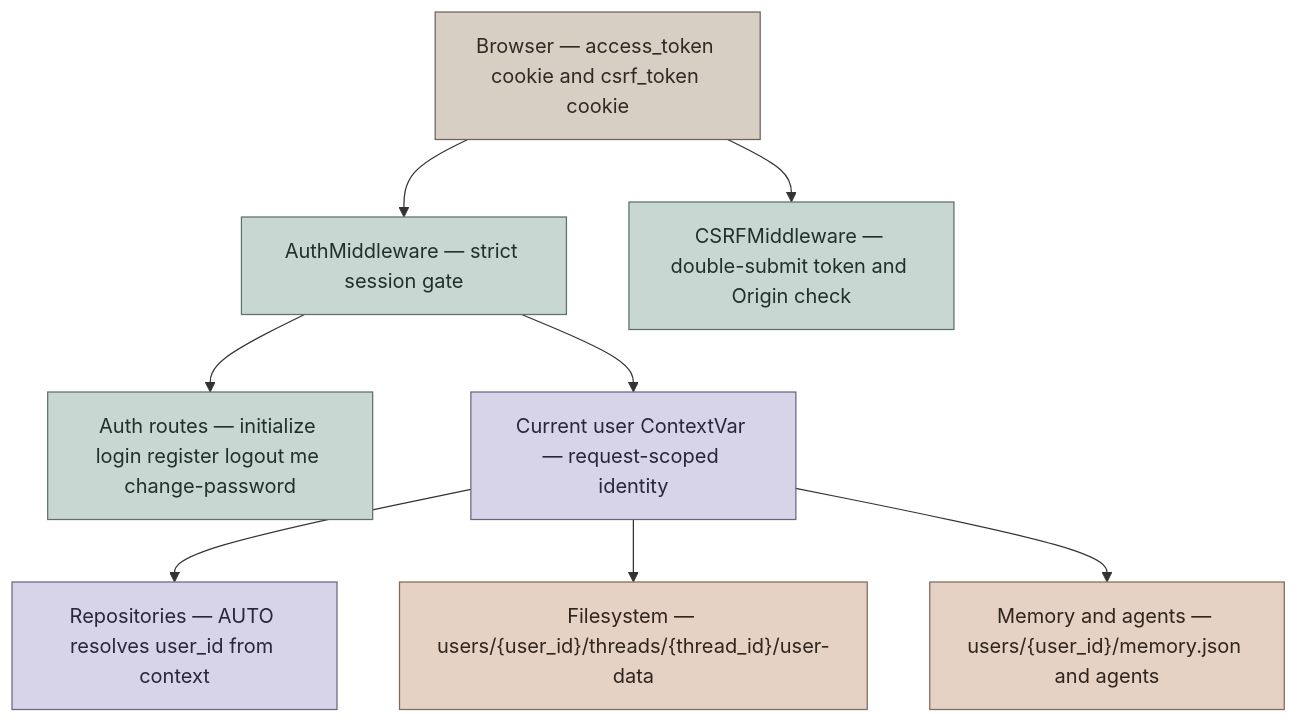
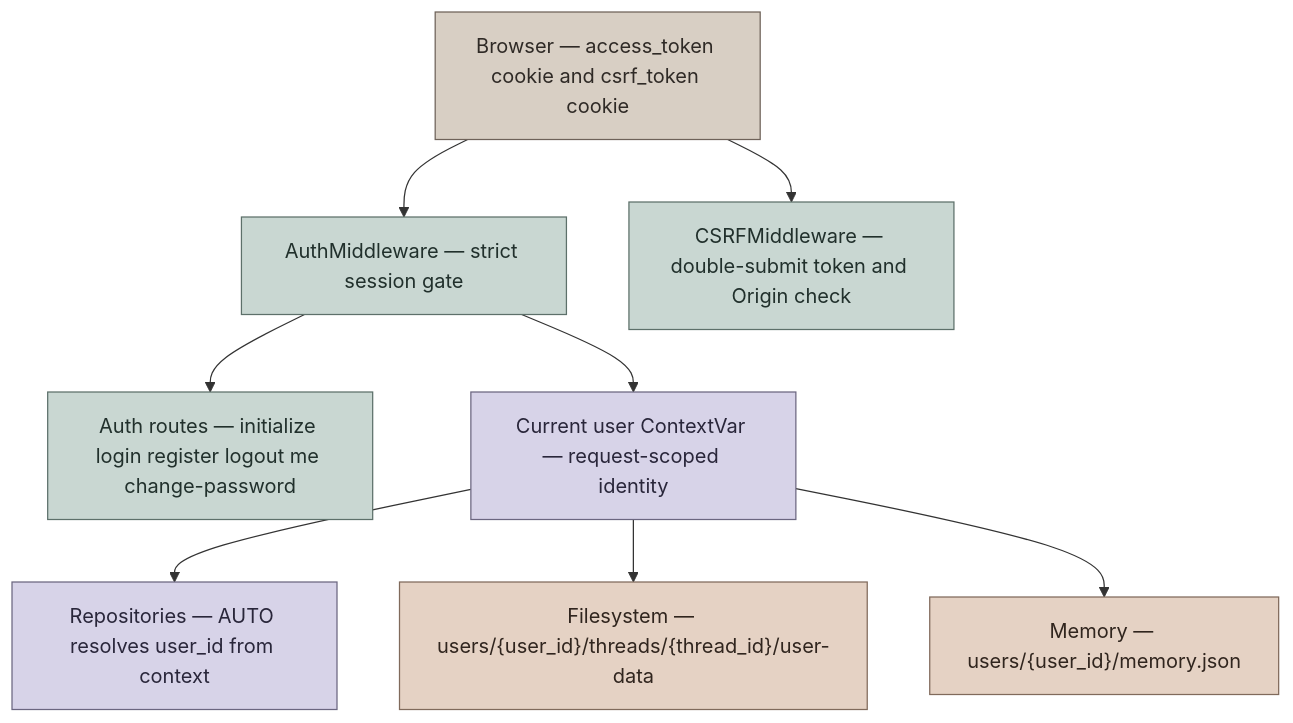
One commit to zgozh/InsightFlow changed the first of 2 diagrams in backend/docs/AUTH_DESIGN.md. Above: the diagram before and after it, drawn with Mermaid. The commit also changed other lines of this file and 191 other files, not shown here.

````diff
--- a/backend/docs/AUTH_DESIGN.md
+++ b/backend/docs/AUTH_DESIGN.md
@@ -24,24 +24,24 @@
 ```mermaid
 graph TB
   classDef actor fill:#D8CFC4,stroke:#6E6259,color:#2F2A26;
   classDef api fill:#C9D7D2,stroke:#5D706A,color:#21302C;
   classDef state fill:#D7D3E8,stroke:#6B6680,color:#29263A;
   classDef data fill:#E5D2C4,stroke:#806A5B,color:#30251E;
 
   Browser["Browser — access_token cookie and csrf_token cookie"]:::actor
   AuthMiddleware["AuthMiddleware — strict session gate"]:::api
   CSRFMiddleware["CSRFMiddleware — double-submit token and Origin check"]:::api
   AuthRoutes["Auth routes — initialize login register logout me change-password"]:::api
   UserContext["Current user ContextVar — request-scoped identity"]:::state
   Repositories["Repositories — AUTO resolves user_id from context"]:::state
   Files["Filesystem — users/{user_id}/threads/{thread_id}/user-data"]:::data
-  Memory["Memory and agents — users/{user_id}/memory.json and agents"]:::data
+  Memory["Memory — users/{user_id}/memory.json"]:::data
 
   Browser --> AuthMiddleware
   Browser --> CSRFMiddleware
   AuthMiddleware --> AuthRoutes
   AuthMiddleware --> UserContext
   UserContext --> Repositories
   UserContext --> Files
   UserContext --> Memory
 ```
````
